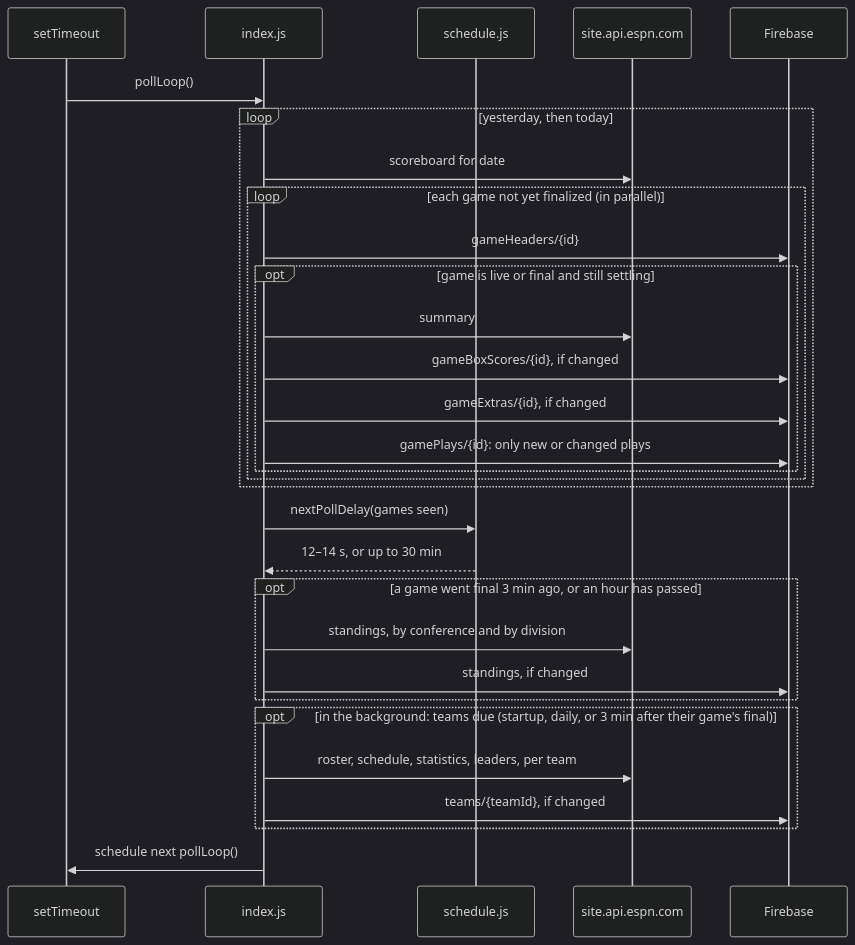
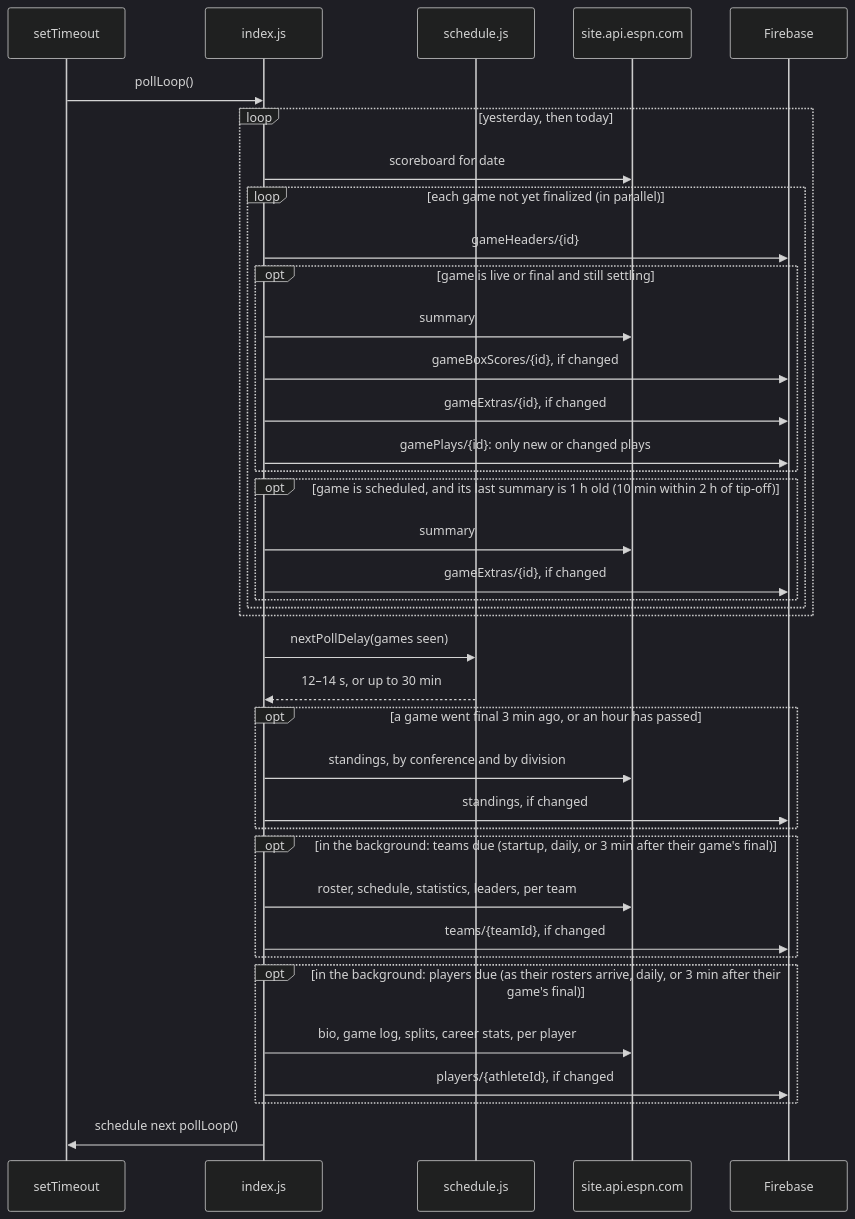
Before and after one commit to kriskramer/hoop-server: the second of 2 diagrams in docs/architecture.md, drawn with Mermaid (dark theme). The commit also changed other lines of this file and 15 other files, not shown here.

````diff
--- a/docs/architecture.md
+++ b/docs/architecture.md
@@ -88,33 +91,41 @@
 ```mermaid
 sequenceDiagram
     participant Timer as setTimeout
     participant Idx as index.js
     participant Sched as schedule.js
     participant ESPN as site.api.espn.com
     participant DB as Firebase
 
     Timer->>Idx: pollLoop()
     loop yesterday, then today
         Idx->>ESPN: scoreboard for date
         loop each game not yet finalized (in parallel)
             Idx->>DB: gameHeaders/{id}
             opt game is live or final and still settling
                 Idx->>ESPN: summary
                 Idx->>DB: gameBoxScores/{id}, if changed
                 Idx->>DB: gameExtras/{id}, if changed
                 Idx->>DB: gamePlays/{id}: only new or changed plays
             end
+            opt game is scheduled, and its last summary is 1 h old (10 min within 2 h of tip-off)
+                Idx->>ESPN: summary
+                Idx->>DB: gameExtras/{id}, if changed
+            end
         end
     end
     Idx->>Sched: nextPollDelay(games seen)
     Sched-->>Idx: 12–14 s, or up to 30 min
     opt a game went final 3 min ago, or an hour has passed
         Idx->>ESPN: standings, by conference and by division
         Idx->>DB: standings, if changed
     end
     opt in the background: teams due (startup, daily, or 3 min after their game's final)
         Idx->>ESPN: roster, schedule, statistics, leaders, per team
         Idx->>DB: teams/{teamId}, if changed
     end
+    opt in the background: players due (as their rosters arrive, daily, or 3 min after their game's final)
+        Idx->>ESPN: bio, game log, splits, career stats, per player
+        Idx->>DB: players/{athleteId}, if changed
+    end
     Idx->>Timer: schedule next pollLoop()
 ```
````
